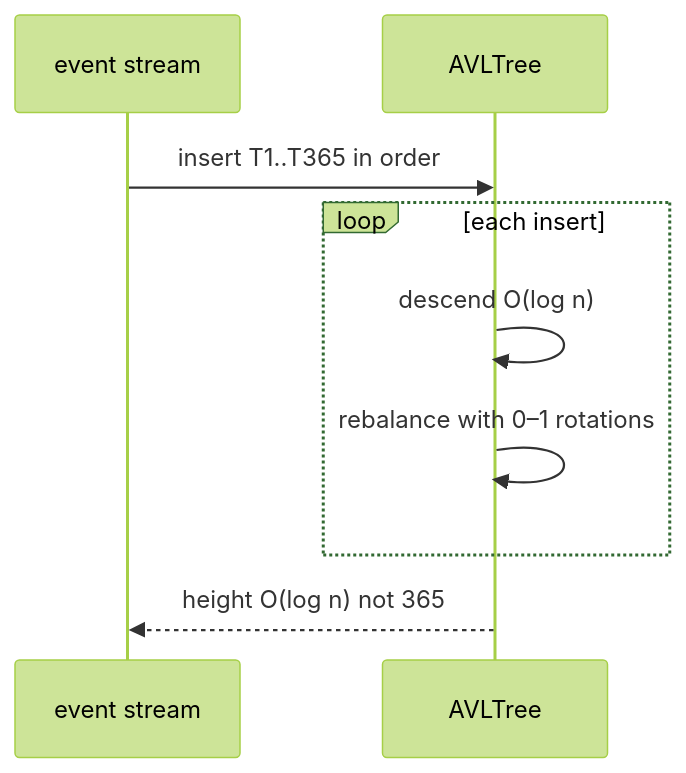
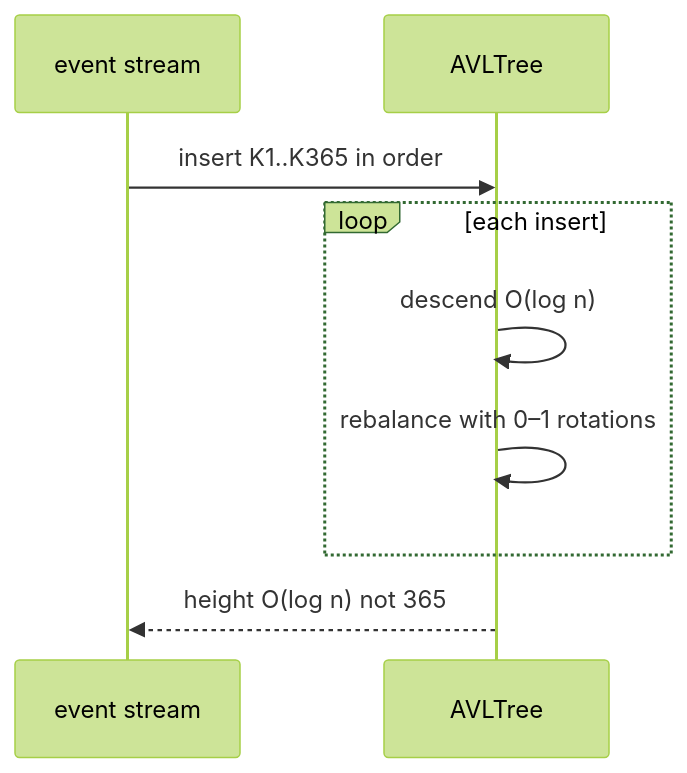
The fourth of 5 diagrams in docs/dsa/data-structures/avl-tree/index.md (qgjones9/python-programming-guide), drawn with Mermaid (forest theme) before and after one commit. The commit also changed other lines of this file and 19 other files, not shown here.

````diff
--- a/docs/dsa/data-structures/avl-tree/index.md
+++ b/docs/dsa/data-structures/avl-tree/index.md
@@ -376,11 +376,11 @@
 ```mermaid
 sequenceDiagram
  participant Feed as event stream
  participant AVL as AVLTree
- Feed->>AVL: insert T1..T365 in order
+ Feed->>AVL: insert K1..K365 in order
  loop each insert
  AVL->>AVL: descend O(log n)
  AVL->>AVL: rebalance with 0–1 rotations
  end
  AVL-->>Feed: height O(log n) not 365
 ```
````
